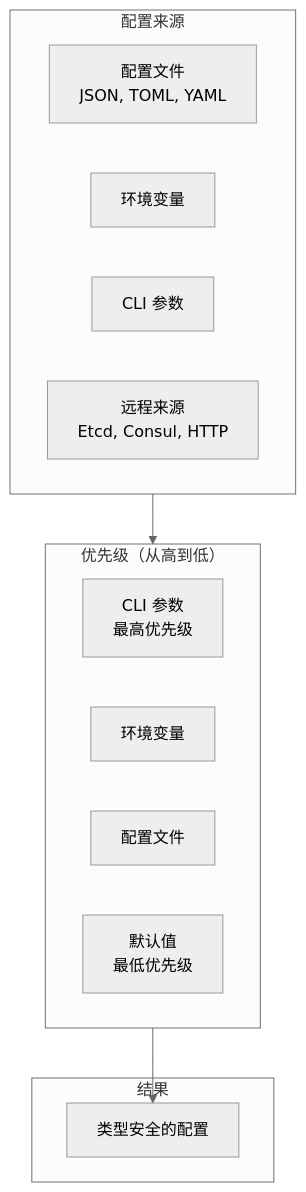
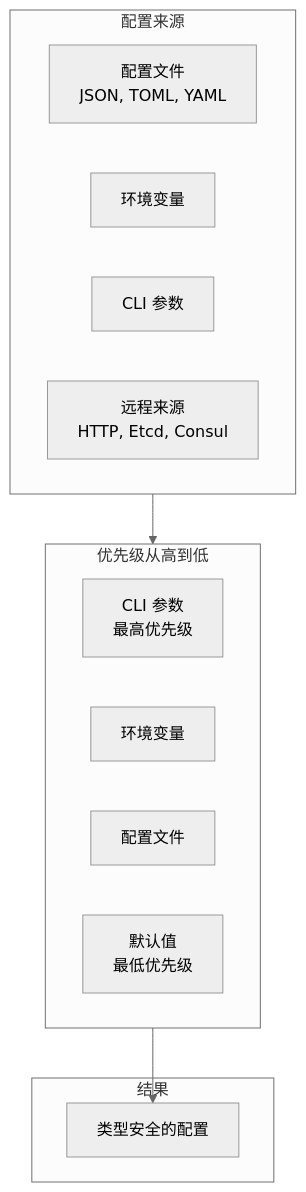
Before and after one commit to Kirky-X/confers: the diagram in docs/USER_GUIDE.md, drawn with Mermaid (neutral theme). The commit also changed other lines of this file and 9 other files, not shown here.

Commit message:
docs(confers): docs 文档套件统一优化 — emoji 化 h2 与折叠目录、文档间交叉链接网络、架构/数据流 mermaid 图、结构化内容表格化、清除内部任务追踪引用；失真内容对照 src/ 源码修正，基准数字与安全承诺口径原样保留

````diff
--- a/docs/USER_GUIDE.md
+++ b/docs/USER_GUIDE.md
@@ -196,23 +203,23 @@
 ```mermaid
 graph TB
     subgraph Sources ["配置来源"]
         A["配置文件<br/>JSON, TOML, YAML"]
         B["环境变量"]
         C["CLI 参数"]
-        D["远程来源<br/>Etcd, Consul, HTTP"]
+        D["远程来源<br/>HTTP, Etcd, Consul"]
     end
 
-    subgraph Priority ["优先级（从高到低）"]
+    subgraph Priority ["优先级从高到低"]
         P1["CLI 参数<br/>最高优先级"]
         P2["环境变量"]
         P3["配置文件"]
         P4["默认值<br/>最低优先级"]
     end
 
     subgraph Result ["结果"]
         R["类型安全的配置"]
     end
 
     Sources --> Priority
     Priority --> R
 ```
````
